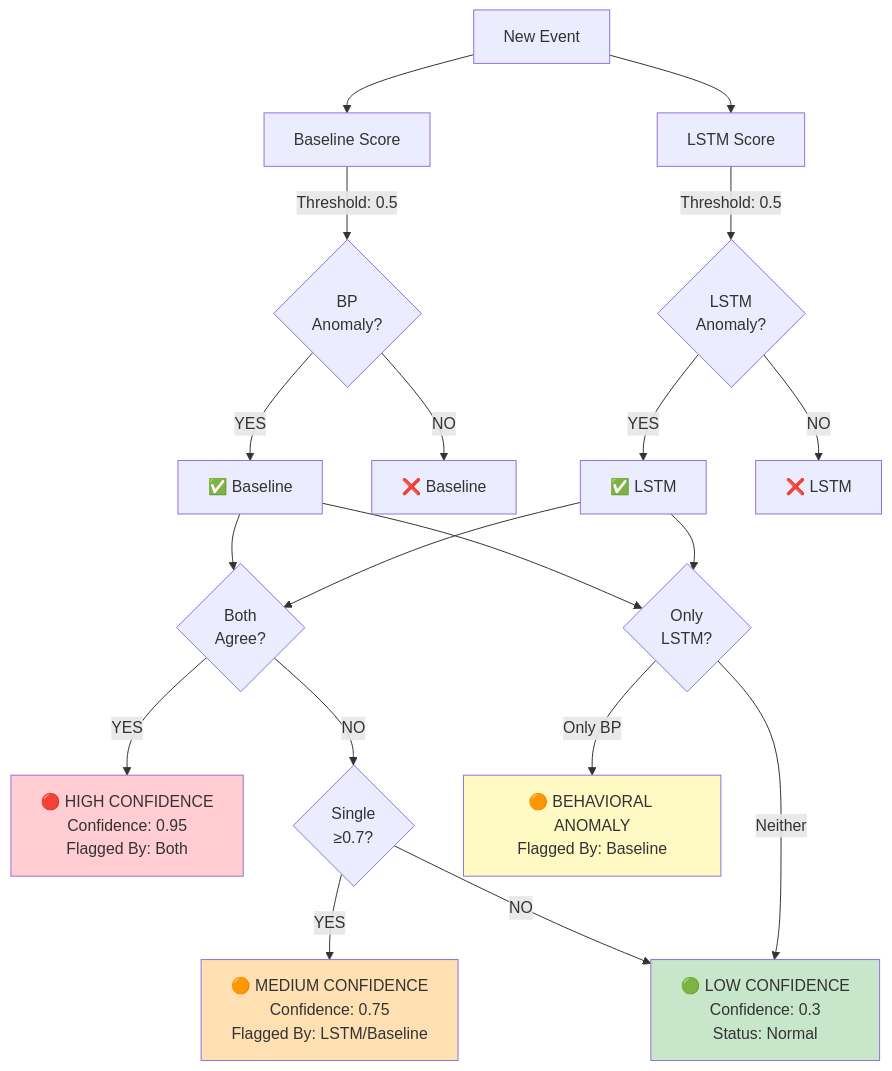
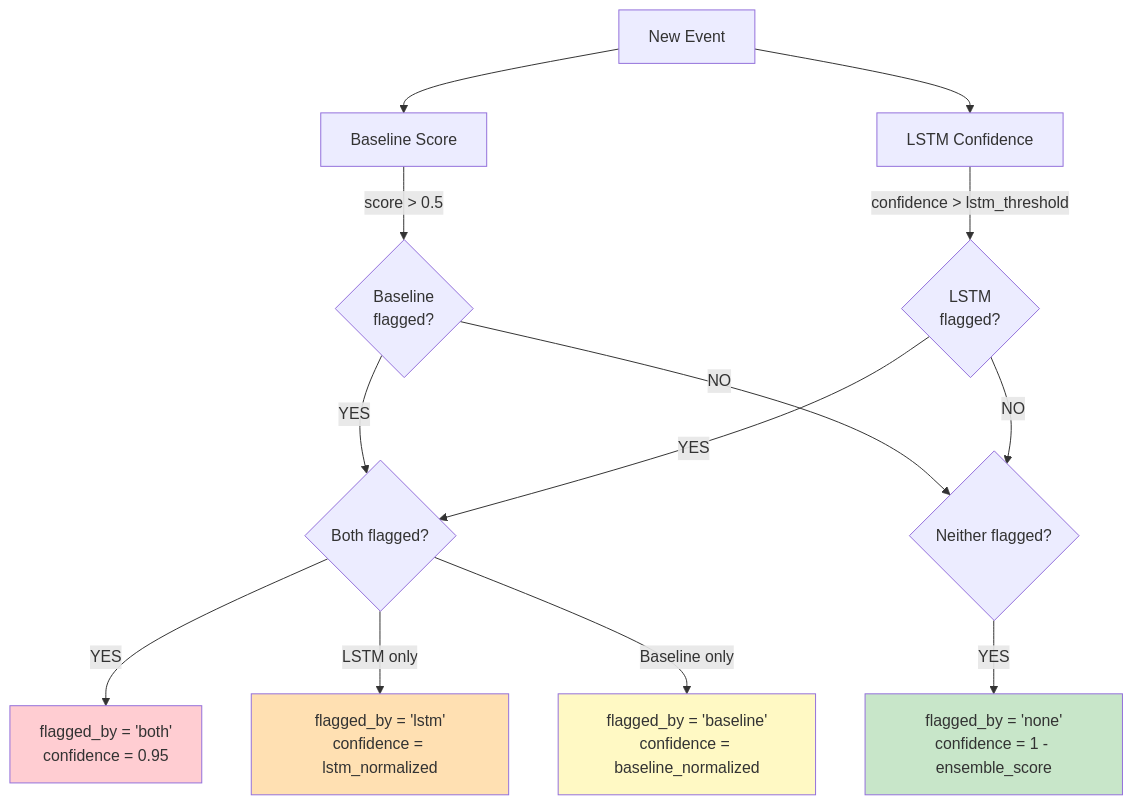
One commit to rupeshdharavath/Anomaly-Detection-cyber changed the fifth of 5 diagrams in ARCHITECTURE.md. Above: the diagram before and after it, drawn with Mermaid. The commit also changed other lines of this file and 4 other files, not shown here.

````diff
--- a/ARCHITECTURE.md
+++ b/ARCHITECTURE.md
@@ -217,36 +174,28 @@
 ```mermaid
 graph TD
     Event["New Event"]
-    
+
     Event --> BP_Score["Baseline Score"]
-    Event --> LSTM_Score["LSTM Score"]
-    
-    BP_Score -->|Threshold: 0.5| BP_Flag{"BP<br/>Anomaly?"}
-    LSTM_Score -->|Threshold: 0.5| LSTM_Flag{"LSTM<br/>Anomaly?"}
-    
-    BP_Flag -->|YES| BP_Y["✅ Baseline"]
-    BP_Flag -->|NO| BP_N["❌ Baseline"]
-    
-    LSTM_Flag -->|YES| LSTM_Y["✅ LSTM"]
-    LSTM_Flag -->|NO| LSTM_N["❌ LSTM"]
-    
-    BP_Y --> Both{"Both<br/>Agree?"}
-    LSTM_Y --> Both
-    
-    BP_Y --> BPOnly{"Only<br/>LSTM?"}
-    LSTM_Y --> BPOnly
-    
-    Both -->|YES| Confidence_H["🔴 HIGH CONFIDENCE<br/>Confidence: 0.95<br/>Flagged By: Both"]
-    Both -->|NO| Confidence_M{"Single<br/>≥0.7?"}
-    
-    Confidence_M -->|YES| Confidence_M2["🟠 MEDIUM CONFIDENCE<br/>Confidence: 0.75<br/>Flagged By: LSTM/Baseline"]
-    Confidence_M -->|NO| Confidence_L["🟢 LOW CONFIDENCE<br/>Confidence: 0.3<br/>Status: Normal"]
-    
-    BPOnly -->|Only BP| Confidence_B["🟠 BEHAVIORAL ANOMALY<br/>Flagged By: Baseline"]
-    BPOnly -->|Neither| Confidence_L
-    
-    style Confidence_H fill:#ffcdd2
-    style Confidence_M2 fill:#ffe0b2
-    style Confidence_L fill:#c8e6c9
-    style Confidence_B fill:#fff9c4
+    Event --> LSTM_Score["LSTM Confidence"]
+
+    BP_Score -->|"score > 0.5"| BP_Flag{"Baseline<br/>flagged?"}
+    LSTM_Score -->|"confidence > lstm_threshold"| LSTM_Flag{"LSTM<br/>flagged?"}
+
+    BP_Flag -->|YES| Both_Check
+    LSTM_Flag -->|YES| Both_Check
+
+    Both_Check{"Both flagged?"}
+    Both_Check -->|YES| Both_Out["flagged_by = 'both'<br/>confidence = 0.95"]
+    Both_Check -->|"LSTM only"| LSTM_Out["flagged_by = 'lstm'<br/>confidence = lstm_normalized"]
+    Both_Check -->|"Baseline only"| BP_Out["flagged_by = 'baseline'<br/>confidence = baseline_normalized"]
+
+    BP_Flag -->|NO| None_Check
+    LSTM_Flag -->|NO| None_Check
+    None_Check{"Neither flagged?"}
+    None_Check -->|YES| None_Out["flagged_by = 'none'<br/>confidence = 1 - ensemble_score"]
+
+    style Both_Out fill:#ffcdd2
+    style LSTM_Out fill:#ffe0b2
+    style BP_Out fill:#fff9c4
+    style None_Out fill:#c8e6c9
 ```
````
